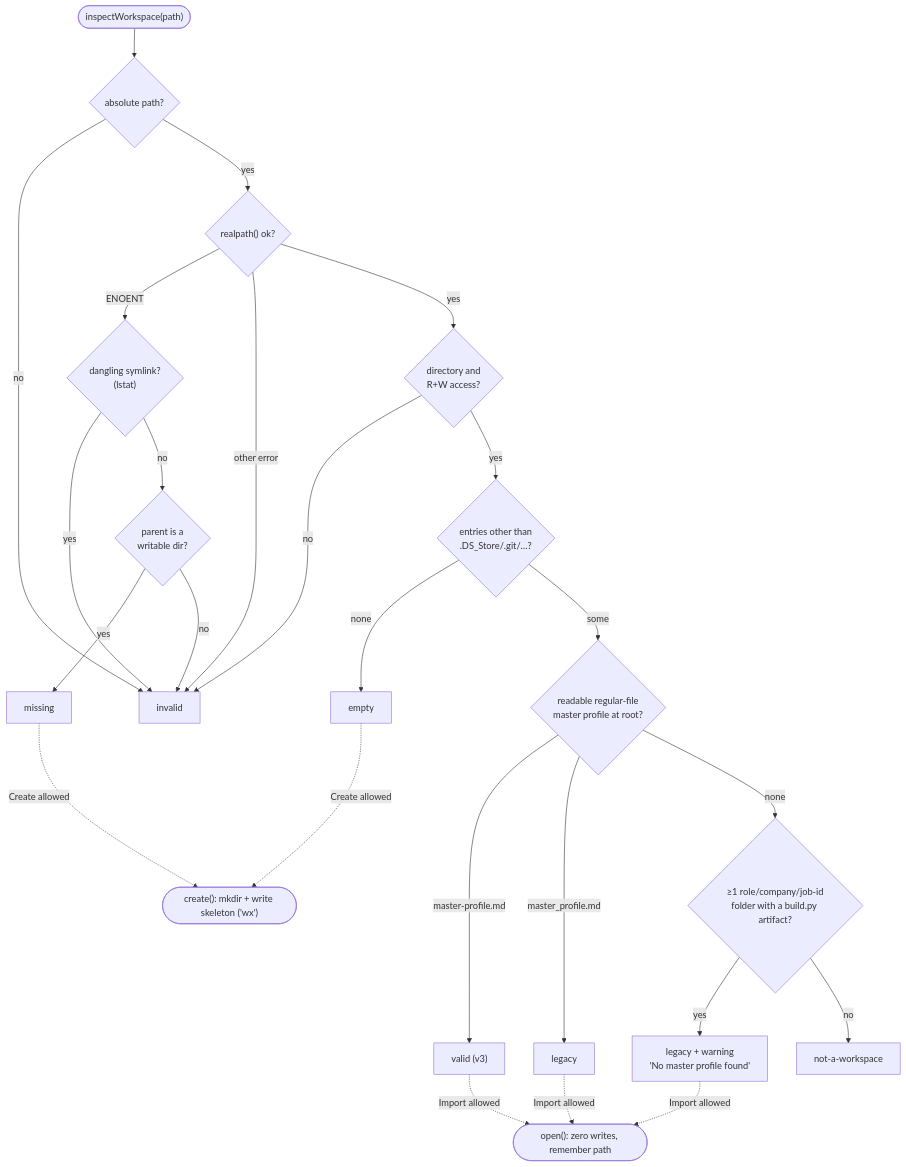
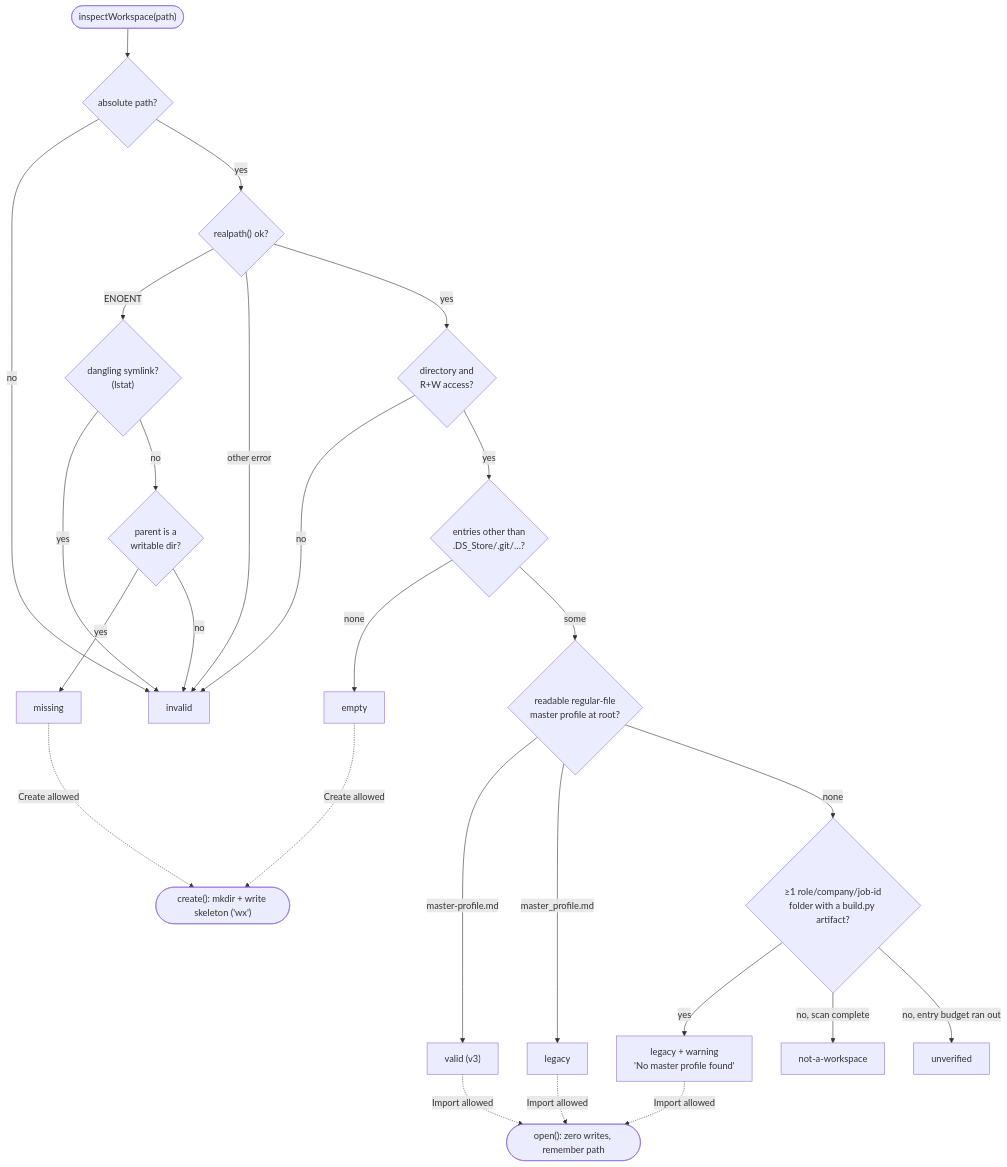
The second of 2 diagrams in docs/changes/2-electron-workspace-shell.md (silentashish/huntgry), drawn with Mermaid before and after one commit. The commit also changed other lines of this file and 7 other files, not shown here.

First line of the commit message:
fix(workspace): keep partial application counts when the scan budget runs out

````diff
--- a/docs/changes/2-electron-workspace-shell.md
+++ b/docs/changes/2-electron-workspace-shell.md
@@ -102,25 +102,26 @@
 ```mermaid
 flowchart TD
     start(["inspectWorkspace(path)"]) --> abs{absolute path?}
     abs -- no --> invalid[invalid]
     abs -- yes --> exists{"realpath() ok?"}
     exists -- ENOENT --> dangling{"dangling symlink?<br/>(lstat)"}
     dangling -- yes --> invalid
     dangling -- no --> parent{"parent is a<br/>writable dir?"}
     parent -- yes --> missing[missing]
     parent -- no --> invalid
     exists -- other error --> invalid
     exists -- yes --> dir{"directory and<br/>R+W access?"}
     dir -- no --> invalid
     dir -- yes --> entries{"entries other than<br/>.DS_Store/.git/…?"}
     entries -- none --> empty[empty]
     entries -- some --> mp{"readable regular-file<br/>master profile at root?"}
     mp -- "master-profile.md" --> valid["valid (v3)"]
     mp -- "master_profile.md" --> legacy["legacy"]
     mp -- none --> apps{"≥1 role/company/job-id<br/>folder with a build.py artifact?"}
     apps -- yes --> legacyWarn["legacy + warning<br/>'No master profile found'"]
-    apps -- no --> nw[not-a-workspace]
+    apps -- "no, scan complete" --> nw[not-a-workspace]
+    apps -- "no, entry budget ran out" --> unv[unverified]
 
     missing & empty -.->|Create allowed| createOk(["create(): mkdir + write skeleton ('wx')"])
     valid & legacy & legacyWarn -.->|Import allowed| importOk(["open(): zero writes, remember path"])
 ```
````
